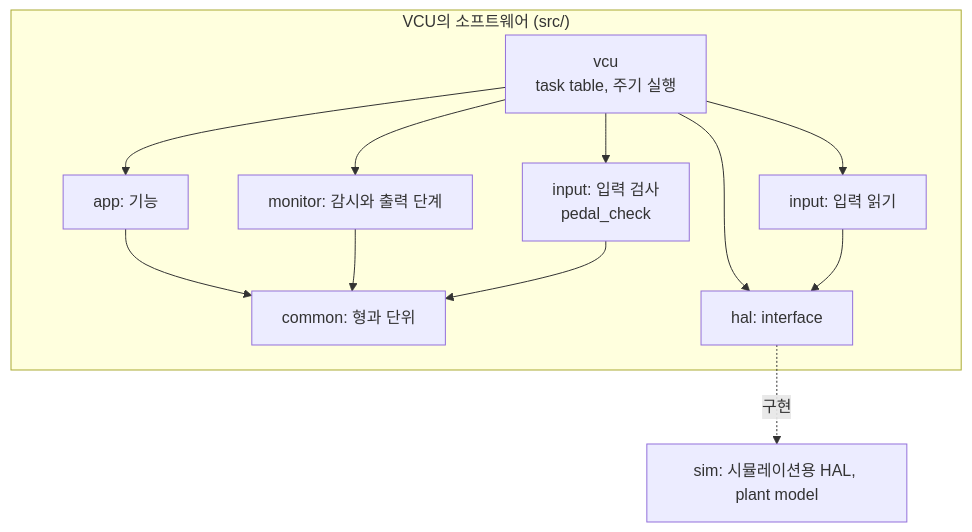
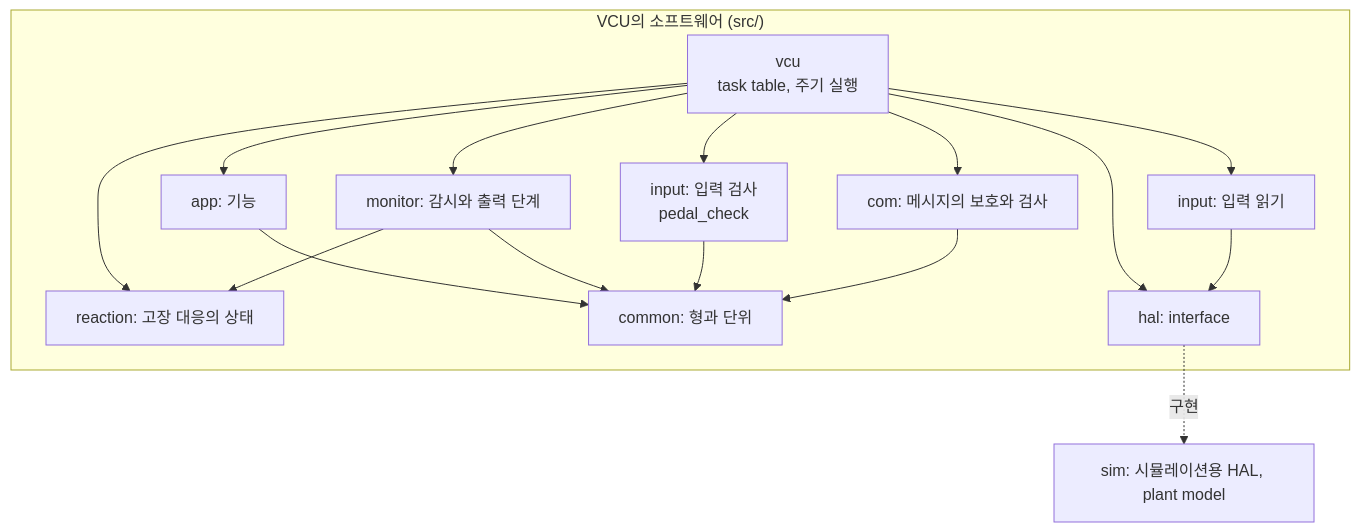
The first of 2 diagrams in example/drive-torque/docs/architecture.md (danielhongwoo/fusa), drawn with Mermaid before and after one commit. The commit also changed other lines of this file and 28 other files, not shown here.

````diff
--- a/example/drive-torque/docs/architecture.md
+++ b/example/drive-torque/docs/architecture.md
@@ -7,23 +7,29 @@
 ```mermaid
 flowchart TD
     subgraph VCU["VCU의 소프트웨어 (src/)"]
         TASK["vcu<br/>task table, 주기 실행"]
         READ["input: 입력 읽기"]
         CHK["input: 입력 검사<br/>pedal_check"]
         APP["app: 기능"]
         MON["monitor: 감시와 출력 단계"]
+        REACT["reaction: 고장 대응의 상태"]
+        COM["com: 메시지의 보호와 검사"]
         TYPES["common: 형과 단위"]
         HAL["hal: interface"]
     end
     SIM["sim: 시뮬레이션용 HAL, plant model"]
     TASK --> READ
     TASK --> CHK
     TASK --> APP
     TASK --> MON
+    TASK --> REACT
+    TASK --> COM
     TASK --> HAL
+    MON --> REACT
     READ --> HAL
     APP --> TYPES
     MON --> TYPES
     CHK --> TYPES
+    COM --> TYPES
     HAL -. "구현" .-> SIM
 ```
````
